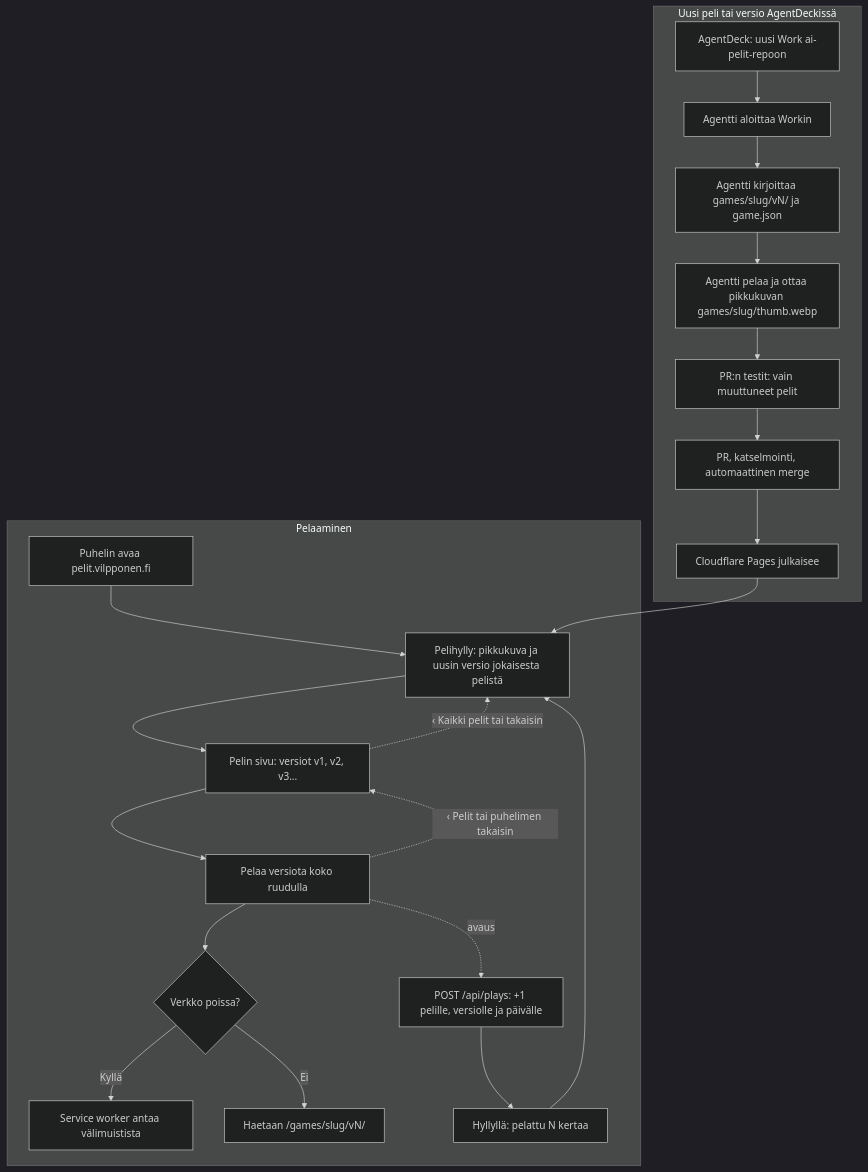
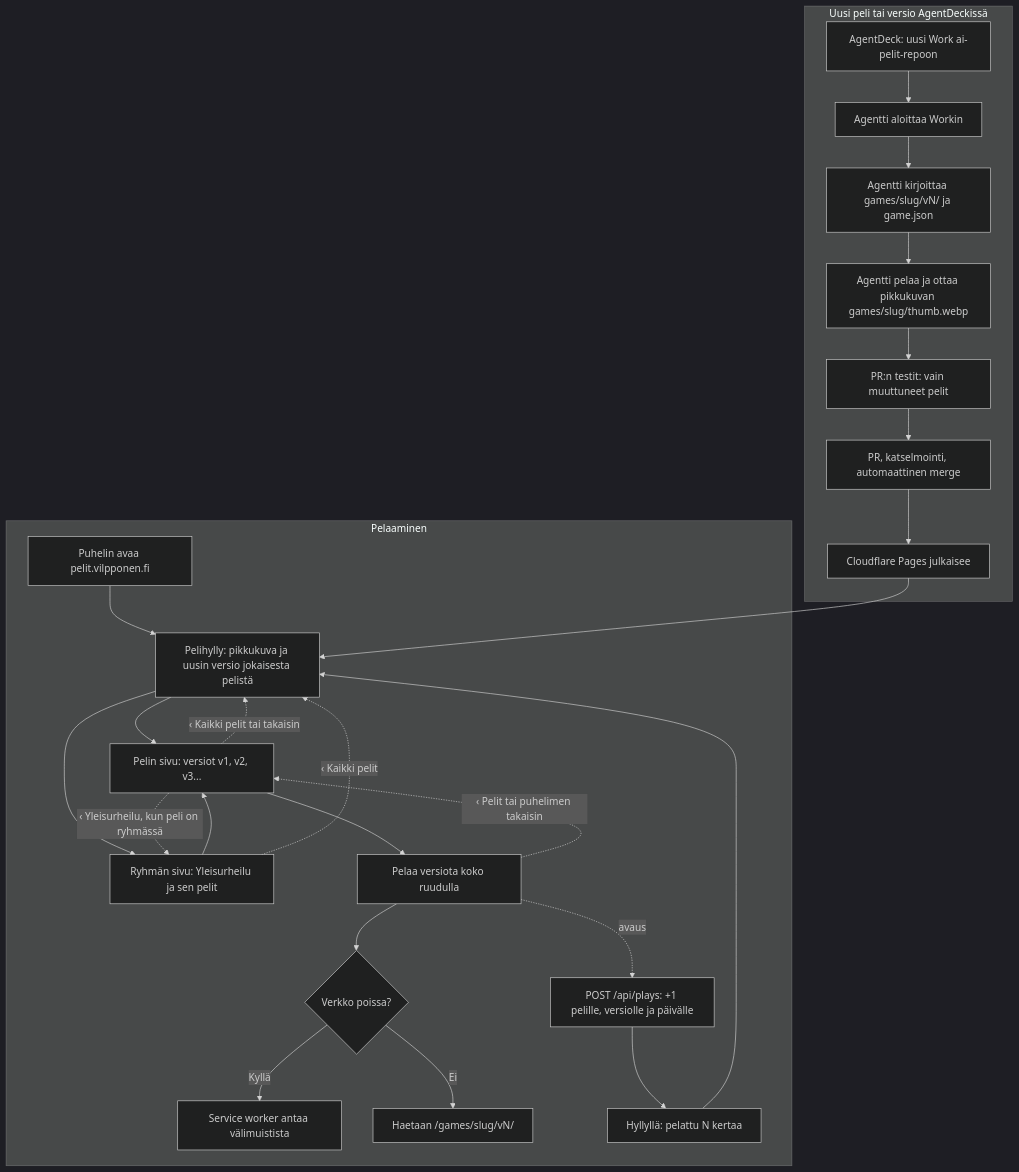
The diagram in docs/diagrams/ai-pelit.md (eerovil/ai-pelit), drawn with Mermaid (dark theme) before and after one commit. The commit also changed other lines of this file and 9 other files, not shown here.

````diff
--- a/docs/diagrams/ai-pelit.md
+++ b/docs/diagrams/ai-pelit.md
@@ -8,32 +8,36 @@
 ```mermaid
 flowchart TD
   subgraph Pelaaminen
     A[Puhelin avaa pelit.vilpponen.fi] --> B[Pelihylly: pikkukuva ja uusin versio jokaisesta pelistä]
     B --> C[Pelin sivu: versiot v1, v2, v3...]
+    B --> R[Ryhmän sivu: Yleisurheilu ja sen pelit]
+    R --> C
+    R -. ‹ Kaikki pelit .-> B
     C --> D[Pelaa versiota koko ruudulla]
     D -. ‹ Pelit tai puhelimen takaisin .-> C
     C -. ‹ Kaikki pelit tai takaisin .-> B
+    C -. ‹ Yleisurheilu, kun peli on ryhmässä .-> R
     D --> E{Verkko poissa?}
     E -- Kyllä --> F[Service worker antaa välimuistista]
     E -- Ei --> G[Haetaan /games/slug/vN/]
     D -. avaus .-> P[POST /api/plays: +1 pelille, versiolle ja päivälle]
     P --> Q[Hyllyllä: pelattu N kertaa]
     Q --> B
   end
   subgraph Uusi peli tai versio AgentDeckissä
     H[AgentDeck: uusi Work ai-pelit-repoon] --> L[Agentti aloittaa Workin]
     L --> M[Agentti kirjoittaa games/slug/vN/ ja game.json]
     M --> T[Agentti pelaa ja ottaa pikkukuvan games/slug/thumb.webp]
     T --> U[PR:n testit: vain muuttuneet pelit]
     U --> N[PR, katselmointi, automaattinen merge]
     N --> O[Cloudflare Pages julkaisee]
     O --> B
   end
-  class A,B,C,D,Q blue
+  class A,B,C,D,Q,R blue
   class E amber
   class F,G,P teal
   class H violet
   class L,M,T,N rose
   class U amber
   class O green
 ```
````
